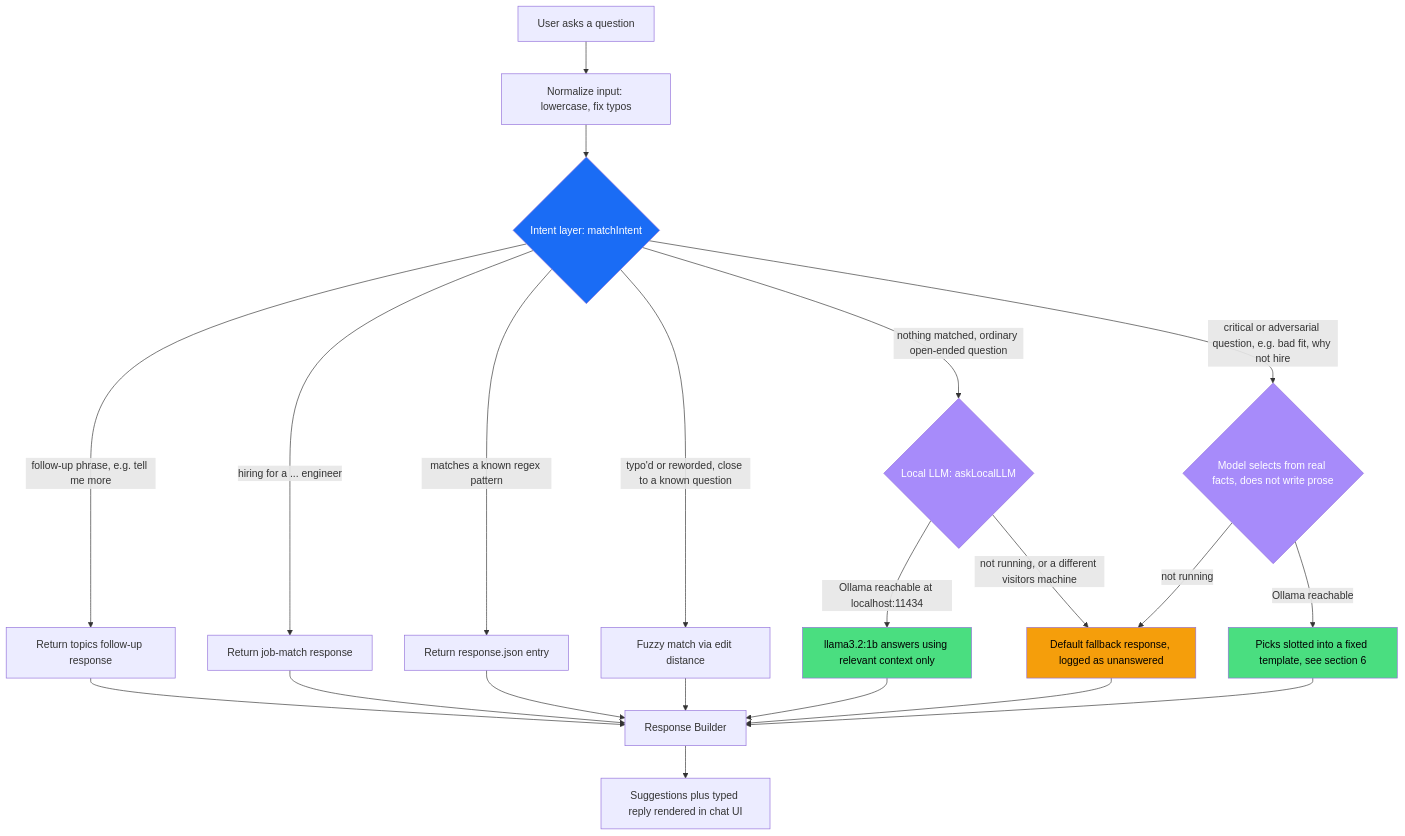
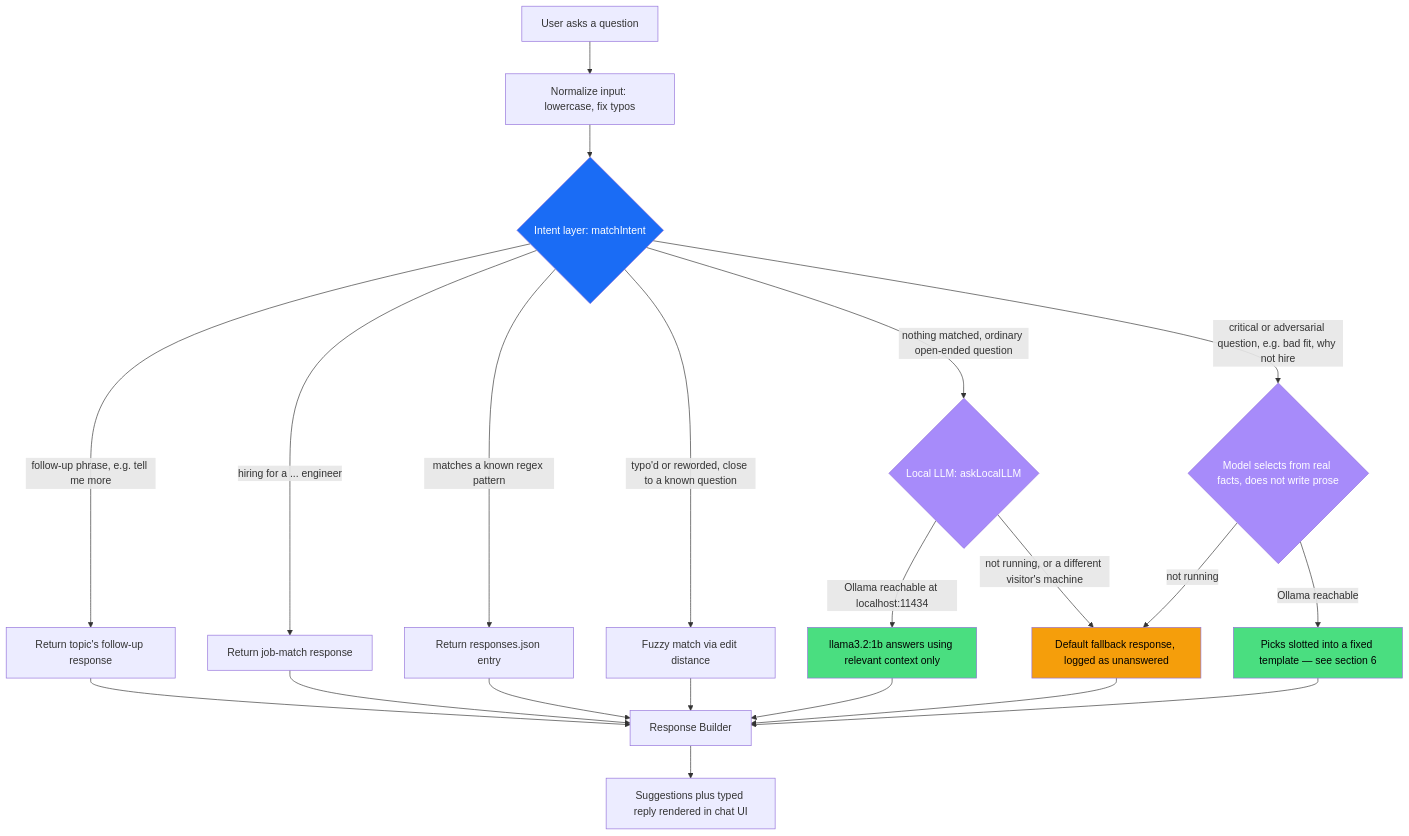
Before and after one commit to raianiket/raianiket.github.io: the diagram in architecture.md, drawn with Mermaid. The commit also changed other lines of this file and 1 other file, not shown here.

First line of the commit message:
Rewrite architecture.md as a presentable technical document

````diff
--- a/architecture.md
+++ b/architecture.md
@@ -13,33 +13,33 @@
 ```mermaid
 flowchart TD
     U[User asks a question] --> N[Normalize input: lowercase, fix typos]
     N --> I{Intent layer: matchIntent}
 
-    I -->|follow-up phrase, e.g. tell me more| FU[Return topics follow-up response]
+    I -->|follow-up phrase, e.g. tell me more| FU[Return topic's follow-up response]
     I -->|hiring for a ... engineer| JM[Return job-match response]
-    I -->|matches a known regex pattern| RX[Return response.json entry]
+    I -->|matches a known regex pattern| RX[Return responses.json entry]
     I -->|typo'd or reworded, close to a known question| FZ[Fuzzy match via edit distance]
     I -->|nothing matched, ordinary open-ended question| LLM{Local LLM: askLocalLLM}
     I -->|critical or adversarial question, e.g. bad fit, why not hire| SEL{Model selects from real facts, does not write prose}
 
     LLM -->|Ollama reachable at localhost:11434| OK[llama3.2:1b answers using relevant context only]
-    LLM -->|not running, or a different visitors machine| DEF[Default fallback response, logged as unanswered]
-    SEL -->|Ollama reachable| TPL[Picks slotted into a fixed template, see section 6]
+    LLM -->|not running, or a different visitor's machine| DEF[Default fallback response, logged as unanswered]
+    SEL -->|Ollama reachable| TPL[Picks slotted into a fixed template — see section 6]
     SEL -->|not running| DEF
 
     FU --> R[Response Builder]
     JM --> R
     RX --> R
     FZ --> R
     OK --> R
     DEF --> R
     TPL --> R
     R --> S[Suggestions plus typed reply rendered in chat UI]
 
     style I fill:#1a6cf5,color:#fff
     style LLM fill:#a78bfa,color:#fff
     style SEL fill:#a78bfa,color:#fff
     style OK fill:#4ade80,color:#000
     style TPL fill:#4ade80,color:#000
     style DEF fill:#f59e0b,color:#000
 ```
````
